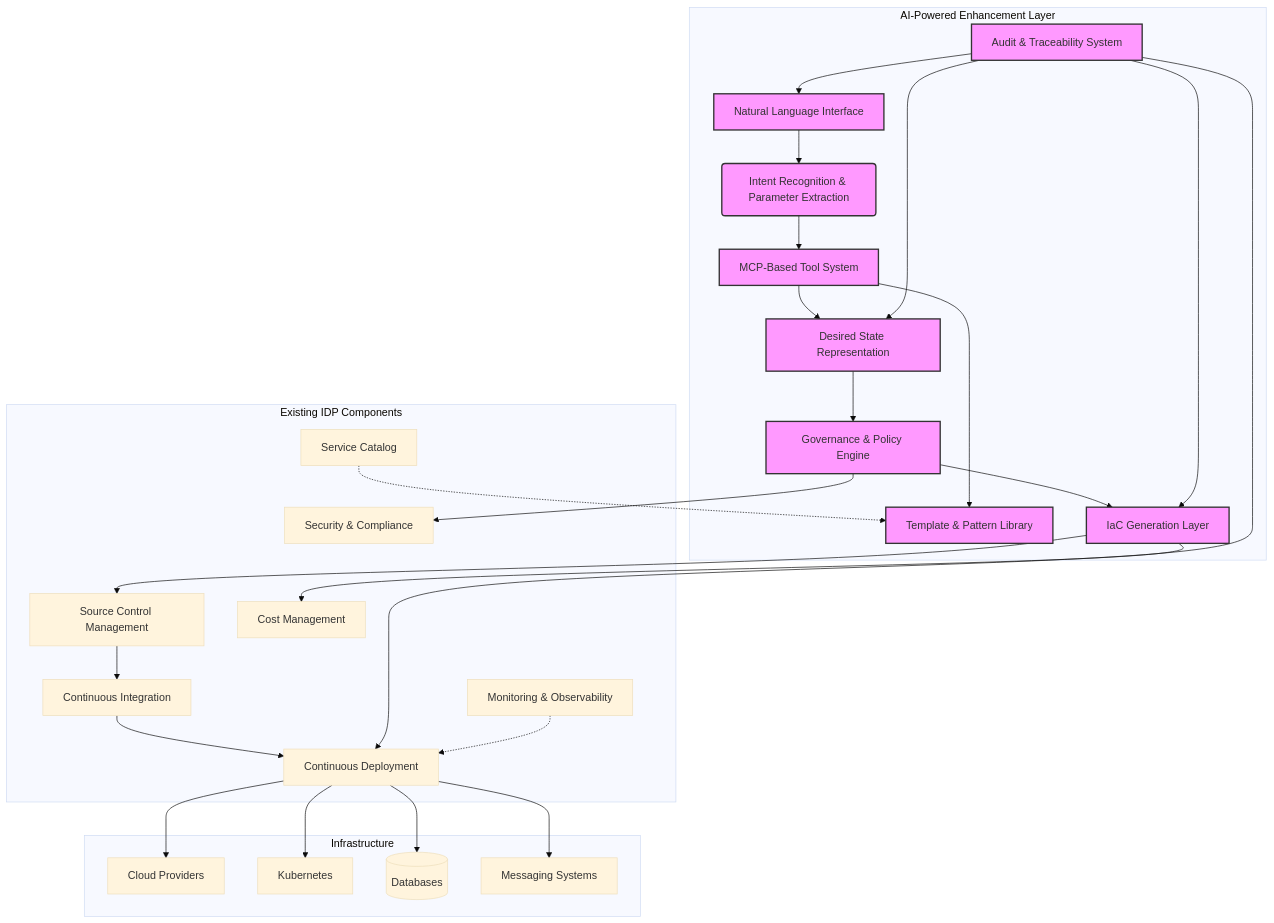
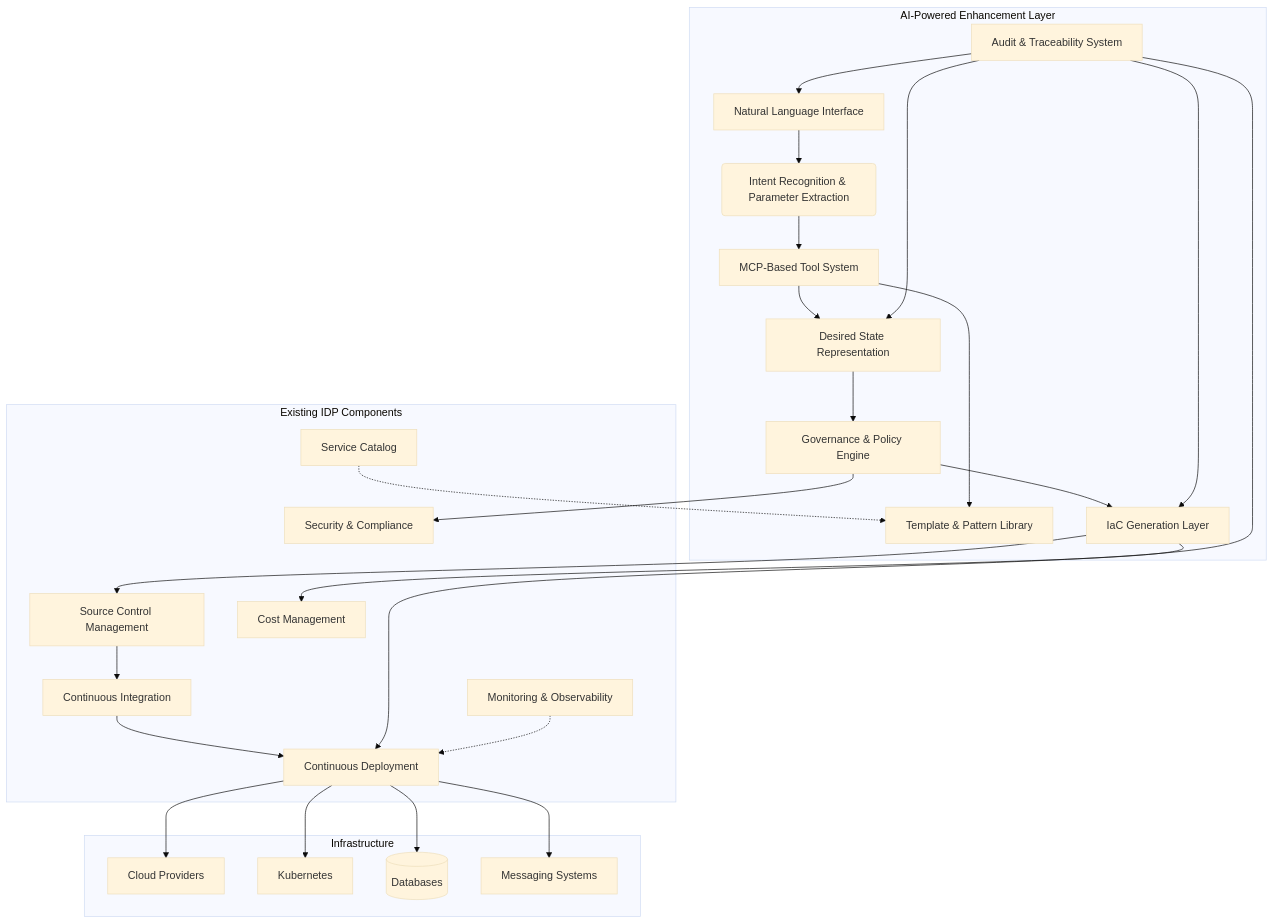
Before and after one commit to aykay76/ai-idp: the diagram in overview.md, drawn with Mermaid (base theme).

Commit message:
remove styling

````diff
--- a/overview.md
+++ b/overview.md
@@ -126,61 +126,52 @@
 ```mermaid
 graph TB
     subgraph "AI-Powered Enhancement Layer"
         NLI[Natural Language Interface]
         IRPE(Intent Recognition & Parameter Extraction)
         MCP[MCP-Based Tool System]
         TPL[Template & Pattern Library]
         DSR[Desired State Representation]
         GPE[Governance & Policy Engine]
         IaC[IaC Generation Layer]
         ATS[Audit & Traceability System]
     end
     
     subgraph "Existing IDP Components"
         SCM[Source Control Management]
         CI[Continuous Integration]
         CD[Continuous Deployment]
         MON[Monitoring & Observability]
         SEC[Security & Compliance]
         CAT[Service Catalog]
         COST[Cost Management]
     end
     
     subgraph "Infrastructure"
         CLOUD[Cloud Providers]
         K8S[Kubernetes]
         DB[(Databases)]
         MSG[Messaging Systems]
     end
     
     NLI --> IRPE
     IRPE --> MCP
     MCP --> TPL
     MCP --> DSR
     DSR --> GPE
     GPE --> IaC
     IaC --> SCM
     SCM --> CI
     CI --> CD
     CD --> CLOUD
     CD --> K8S
     CD --> DB
     CD --> MSG
     GPE --> SEC
     IaC --> COST
     ATS --> NLI
     ATS --> DSR
     ATS --> IaC
     ATS --> CD
     CAT -.-> TPL
     MON -.-> CD
-    
-    style NLI fill:#f9f,stroke:#333,stroke-width:2px
-    style IRPE fill:#f9f,stroke:#333,stroke-width:2px
-    style MCP fill:#f9f,stroke:#333,stroke-width:2px
-    style TPL fill:#f9f,stroke:#333,stroke-width:2px
-    style DSR fill:#f9f,stroke:#333,stroke-width:2px
-    style GPE fill:#f9f,stroke:#333,stroke-width:2px
-    style IaC fill:#f9f,stroke:#333,stroke-width:2px
-    style ATS fill:#f9f,stroke:#333,stroke-width:2px
 ```
````
